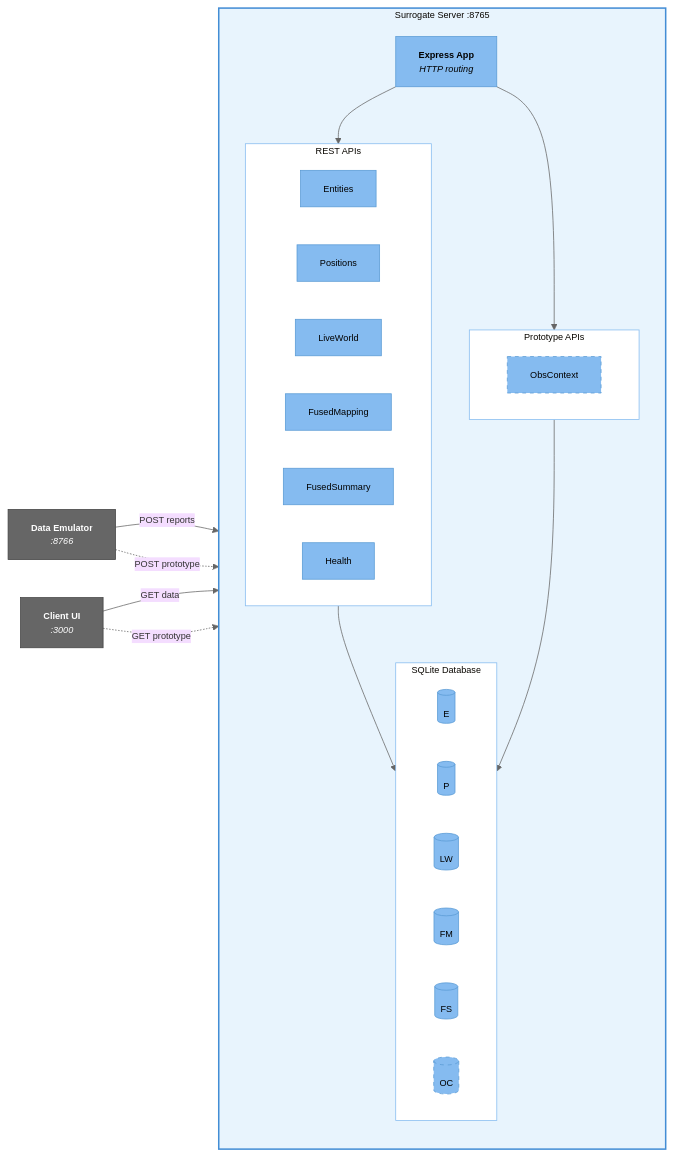
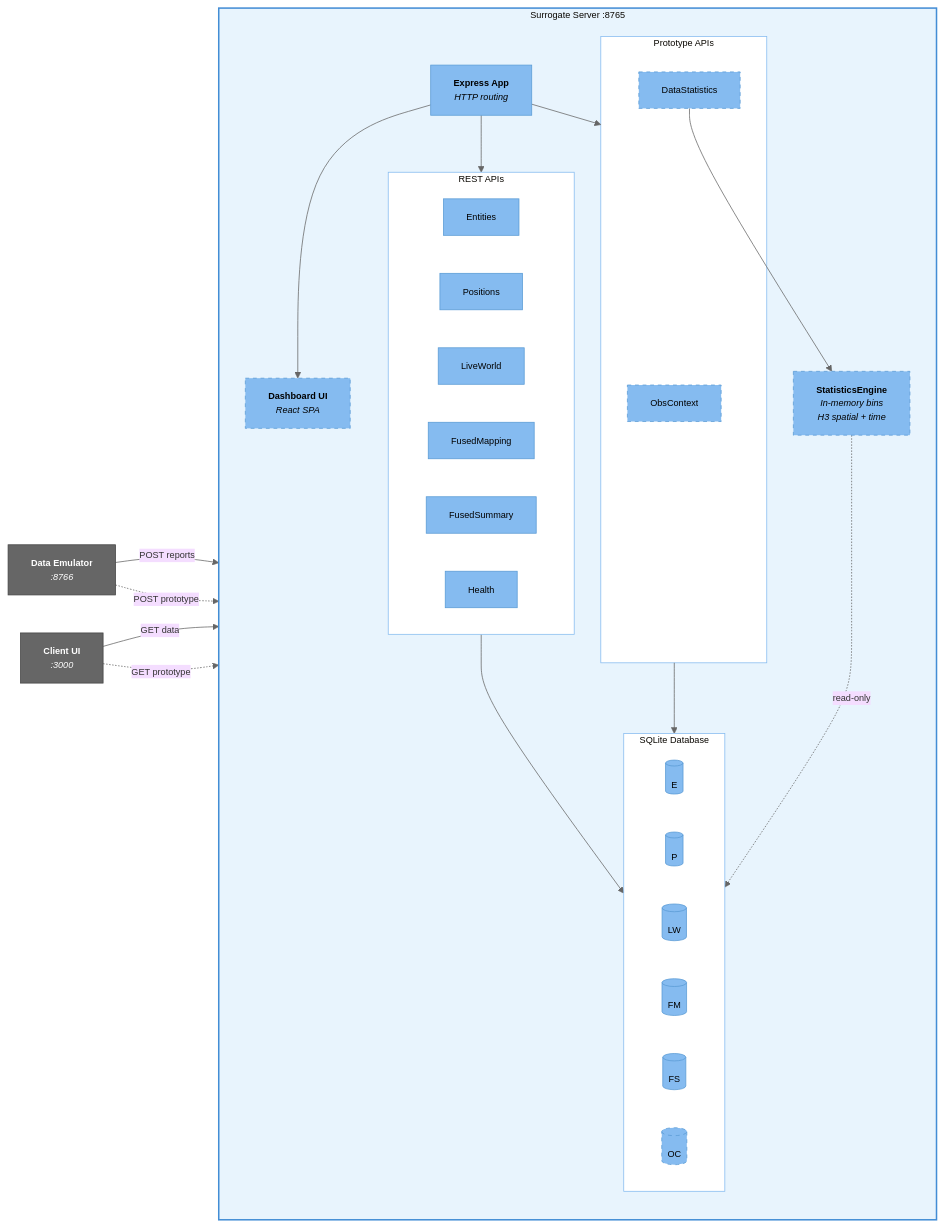
The third of 6 diagrams in docs/c4-architecture-diagram.md (ericpauls/disco_workspace), drawn with Mermaid before and after one commit. The commit also changed 1 other file, not shown here.

Commit message:
feat: Update surrogate server — dashboard UI, statistics engine, synthetic data generator
- Surrogate server submodule: dashboard with tiered timeline, heatmap, statistics
- Added generateSyntheticData endpoint to architecture docs (Section 10.6)
- Updated C4 diagram with StatisticsEngine and Dashboard UI components

````diff
--- a/docs/c4-architecture-diagram.md
+++ b/docs/c4-architecture-diagram.md
@@ -106,56 +106,64 @@
 ```mermaid
 %%{init: {'theme': 'base', 'themeVariables': { 'lineColor': '#666', 'fontSize': '12px'}}}%%
 flowchart LR
     subgraph server["Surrogate Server :8765"]
         direction TB
         express["<b>Express App</b><br/><i>HTTP routing</i>"]
 
         subgraph apis["REST APIs"]
             entities["Entities"]
             positions["Positions"]
             liveworld["LiveWorld"]
             fusedMapping["FusedMapping"]
             fusedSummary["FusedSummary"]
             health["Health"]
         end
 
         subgraph proto_apis["Prototype APIs"]
             obsctx_api["ObsContext"]
+            datastats_api["DataStatistics"]
         end
+
+        stats_engine["<b>StatisticsEngine</b><br/><i>In-memory bins<br/>H3 spatial + time</i>"]
+
+        dashboard_ui["<b>Dashboard UI</b><br/><i>React SPA</i>"]
 
         subgraph stores["SQLite Database"]
             e_db[("E")]
             p_db[("P")]
             lw_db[("LW")]
             fm_db[("FM")]
             fs_db[("FS")]
             oc_db[("OC")]
         end
 
         express --> apis
         express --> proto_apis
+        express --> dashboard_ui
         apis --> stores
         proto_apis --> stores
+        datastats_api --> stats_engine
+        stats_engine -.->|read-only| stores
     end
 
     emulator["<b>Data Emulator</b><br/><i>:8766</i>"]
     client["<b>Client UI</b><br/><i>:3000</i>"]
 
     emulator -->|POST reports| apis
     emulator -.->|POST prototype| proto_apis
     client -->|GET data| apis
     client -.->|GET prototype| proto_apis
 
     classDef comp fill:#85BBF0,stroke:#5A9BD5,color:#000
     classDef proto fill:#85BBF0,stroke:#5A9BD5,color:#000,stroke-dasharray: 5 5
     classDef sbox fill:#E8F4FD,stroke:#438DD5,stroke-width:2px
     classDef ext fill:#666,stroke:#444,color:#fff
     classDef inner fill:#fff,stroke:#85BBF0,stroke-width:1px
 
     class express,entities,positions,liveworld,fusedMapping,fusedSummary,health comp
     class e_db,p_db,lw_db,fm_db,fs_db comp
-    class obsctx_api,oc_db proto
+    class obsctx_api,datastats_api,oc_db,stats_engine,dashboard_ui proto
     class server sbox
     class emulator,client ext
     class apis,stores,proto_apis inner
 ```
````
